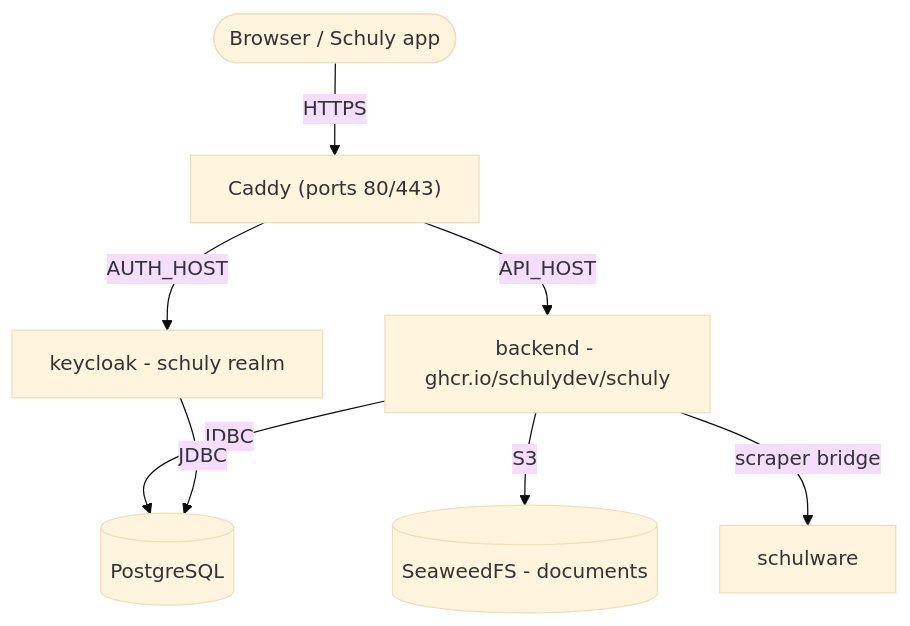
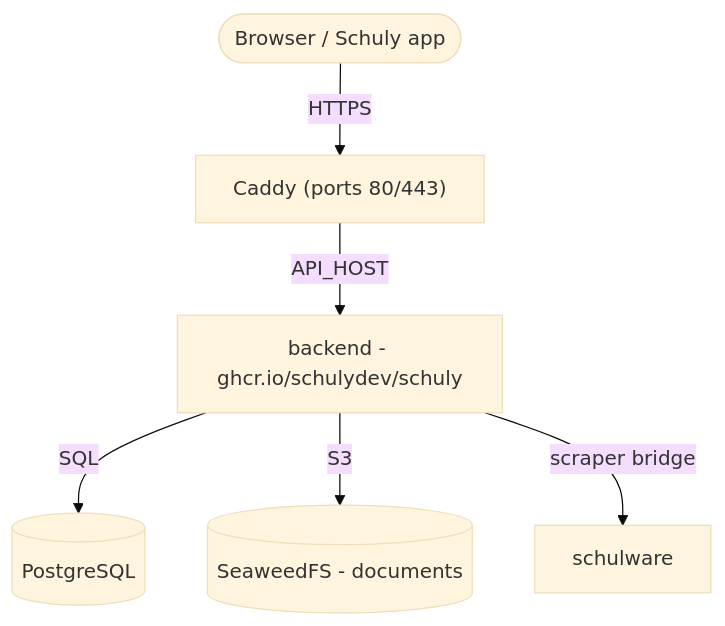
One commit to schulydev/SchulyDocs changed the diagram in docs/SchulyServer/setup/self-hosting.md. Above: the diagram before and after it, drawn with Mermaid (base theme). The commit also changed other lines of this file and 4 other files, not shown here.

````diff
--- a/docs/SchulyServer/setup/self-hosting.md
+++ b/docs/SchulyServer/setup/self-hosting.md
@@ -14,10 +14,8 @@
 ```mermaid
 flowchart TB
     user([Browser / Schuly app]) -->|HTTPS| caddy["Caddy (ports 80/443)"]
     caddy -->|API_HOST| backend["backend - ghcr.io/schulydev/schuly"]
-    caddy -->|AUTH_HOST| kc["keycloak - schuly realm"]
-    backend -->|JDBC| pg[("PostgreSQL")]
-    kc -->|JDBC| pg
+    backend -->|SQL| pg[("PostgreSQL")]
     backend -->|S3| s3[("SeaweedFS - documents")]
     backend -->|scraper bridge| sw["schulware"]
 ```
````
